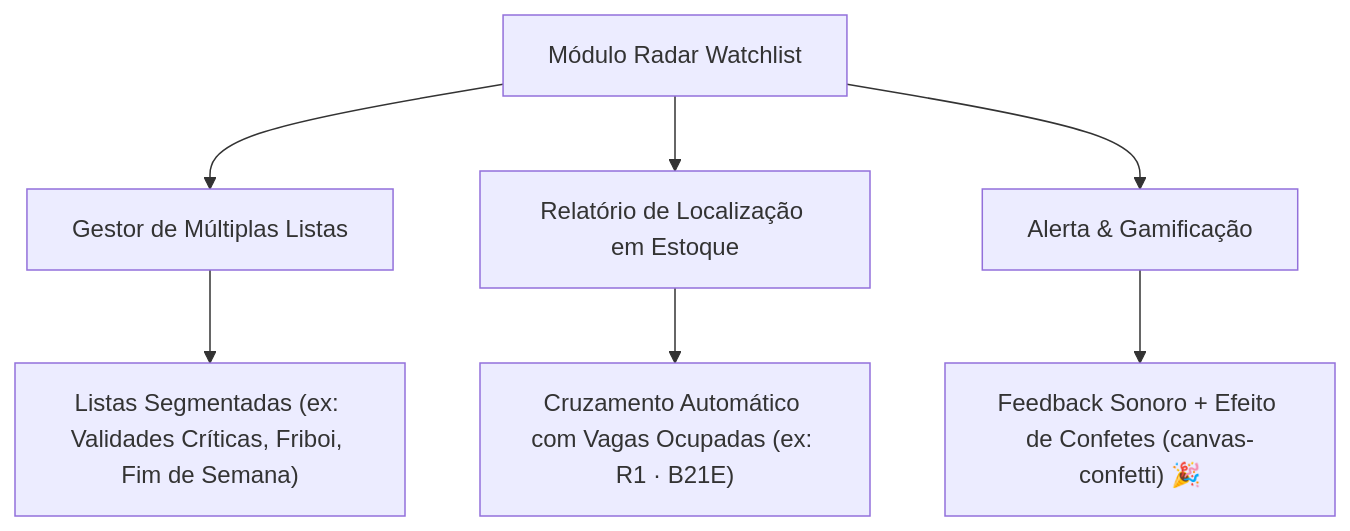
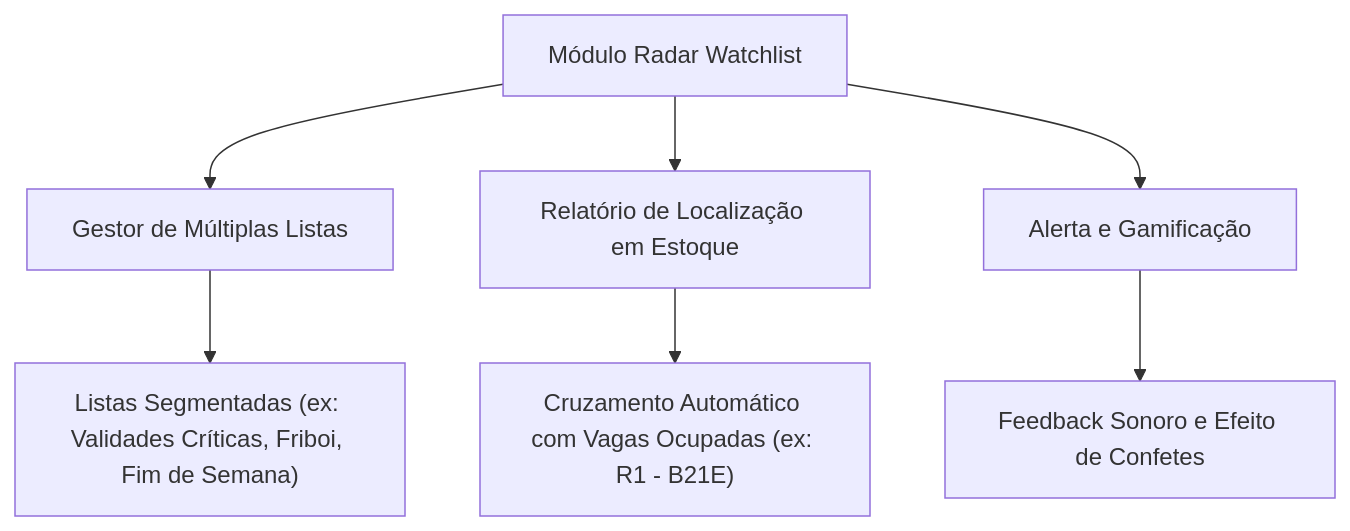
One commit to NaejBarbosa/paletscan-etl changed the diagram in docs/pwa-pesquisa-watchlist.md. Above: the diagram before and after it, drawn with Mermaid. The commit also changed 6 other files, not shown here.

Commit message:
fix(docs): corrigir sintaxe do Mermaid e compatibilidade total com versao 11.17

````diff
--- a/docs/pwa-pesquisa-watchlist.md
+++ b/docs/pwa-pesquisa-watchlist.md
@@ -16,10 +16,10 @@
 ```mermaid
-graph TD
+flowchart TD
     A["Módulo Radar Watchlist"] --> B["Gestor de Múltiplas Listas"]
     A --> C["Relatório de Localização em Estoque"]
-    A --> D["Alerta & Gamificação"]
+    A --> D["Alerta e Gamificação"]
 
     B --> B1["Listas Segmentadas (ex: Validades Críticas, Friboi, Fim de Semana)"]
-    C --> C1["Cruzamento Automático com Vagas Ocupadas (ex: R1 · B21E)"]
-    D --> D1["Feedback Sonoro + Efeito de Confetes (canvas-confetti) 🎉"]
+    C --> C1["Cruzamento Automático com Vagas Ocupadas (ex: R1 - B21E)"]
+    D --> D1["Feedback Sonoro e Efeito de Confetes"]
 ```
````
